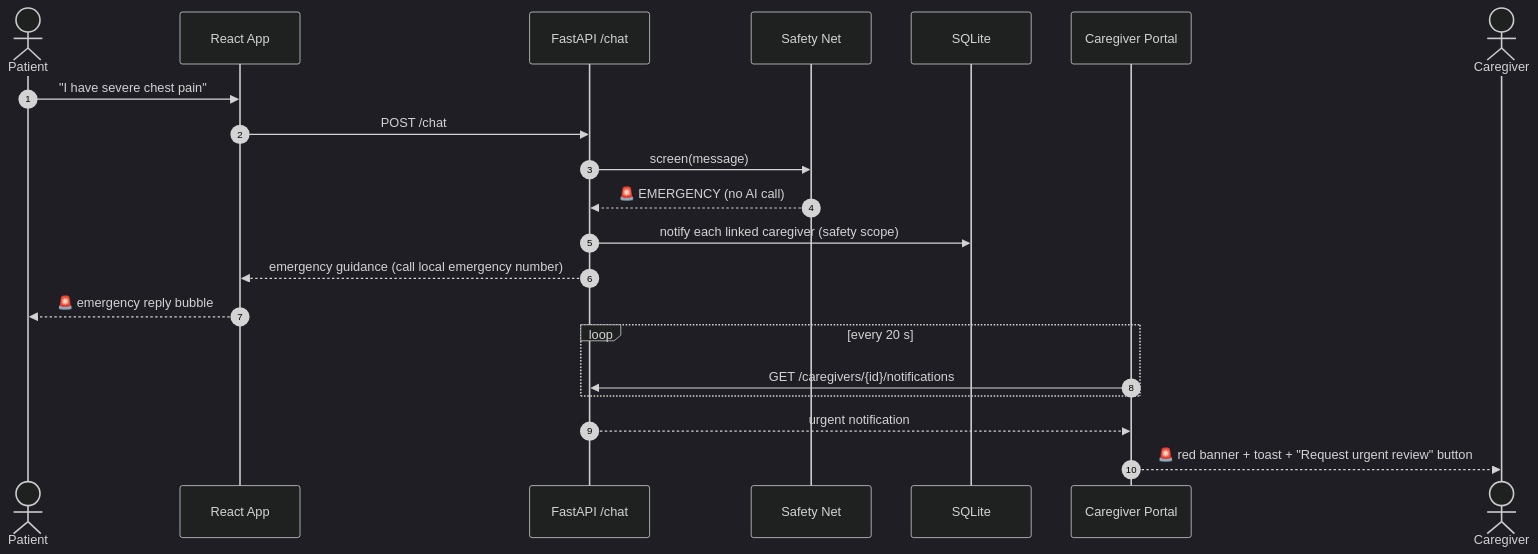
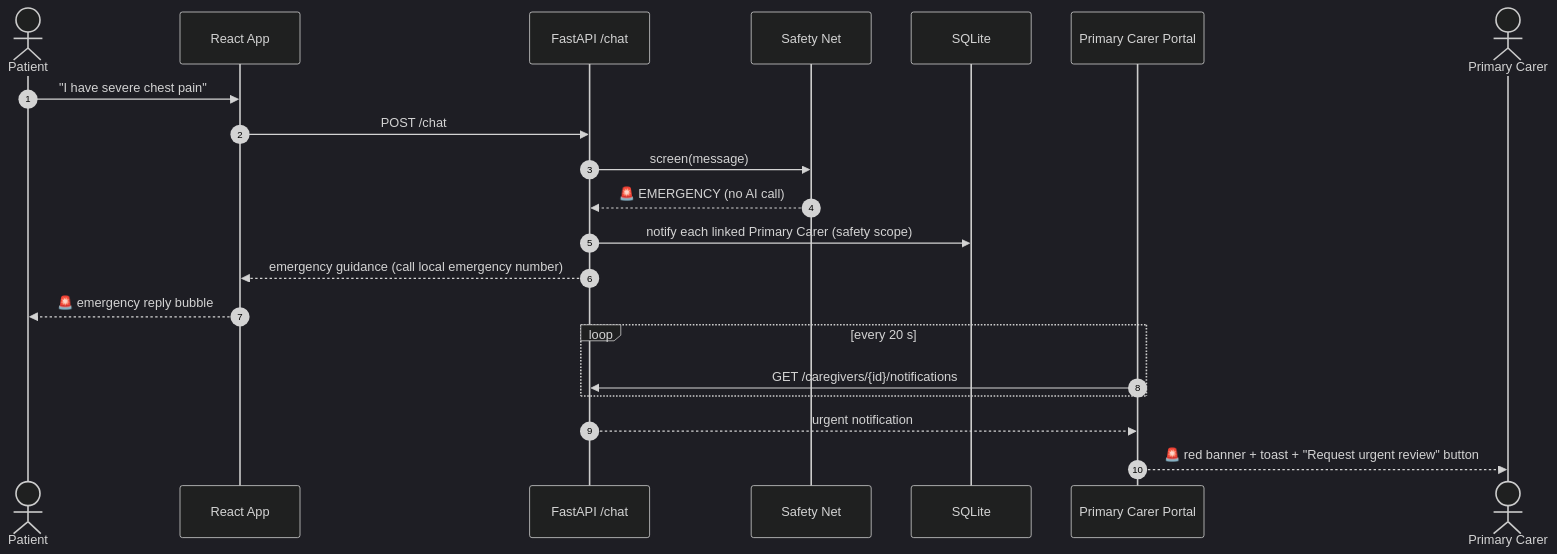
Before and after one commit to KhadejaAhmedKZ/Sanadi-AI: the third of 8 diagrams in docs/DESIGN.md, drawn with Mermaid (dark theme). The commit also changed other lines of this file and 19 other files, not shown here.

````diff
--- a/docs/DESIGN.md
+++ b/docs/DESIGN.md
@@ -112,25 +112,25 @@
 ```mermaid
 sequenceDiagram
     autonumber
     actor Pt as Patient
     participant FE as React App
     participant API as FastAPI /chat
     participant SN as Safety Net
     participant DB as SQLite
-    participant CFE as Caregiver Portal
-    actor Cg as Caregiver
+    participant CFE as Primary Carer Portal
+    actor Cg as Primary Carer
 
     Pt->>FE: "I have severe chest pain"
     FE->>API: POST /chat
     API->>SN: screen(message)
     SN-->>API: 🚨 EMERGENCY (no AI call)
-    API->>DB: notify each linked caregiver (safety scope)
+    API->>DB: notify each linked Primary Carer (safety scope)
     API-->>FE: emergency guidance (call local emergency number)
     FE-->>Pt: 🚨 emergency reply bubble
 
     loop every 20 s
         CFE->>API: GET /caregivers/{id}/notifications
     end
     API-->>CFE: urgent notification
     CFE-->>Cg: 🚨 red banner + toast + "Request urgent review" button
 ```
````
